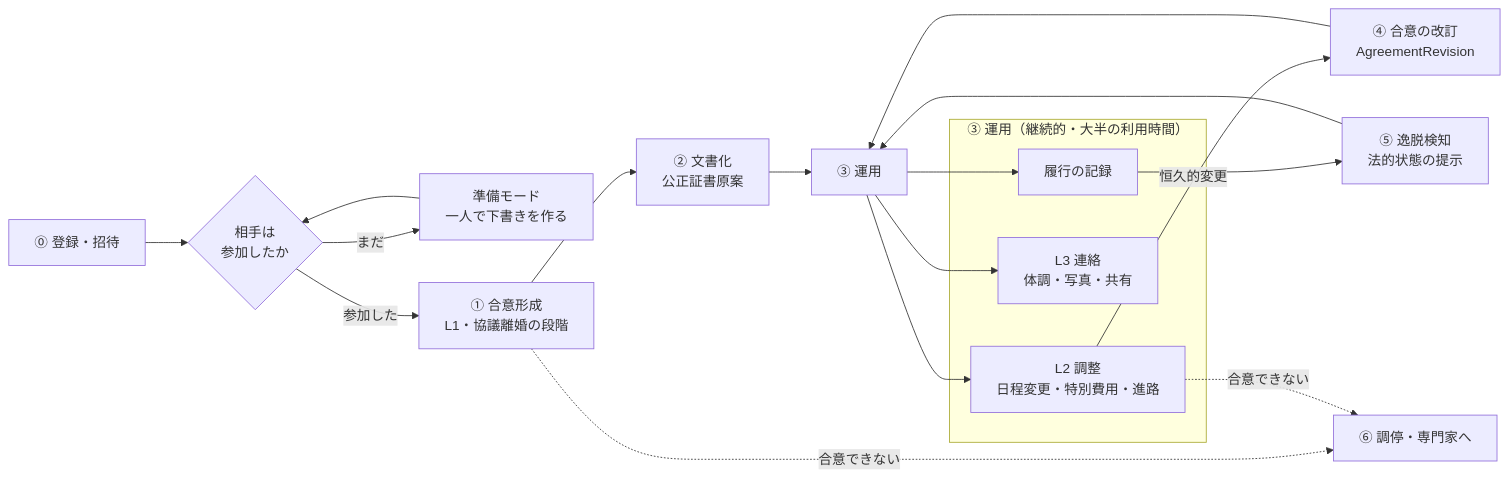
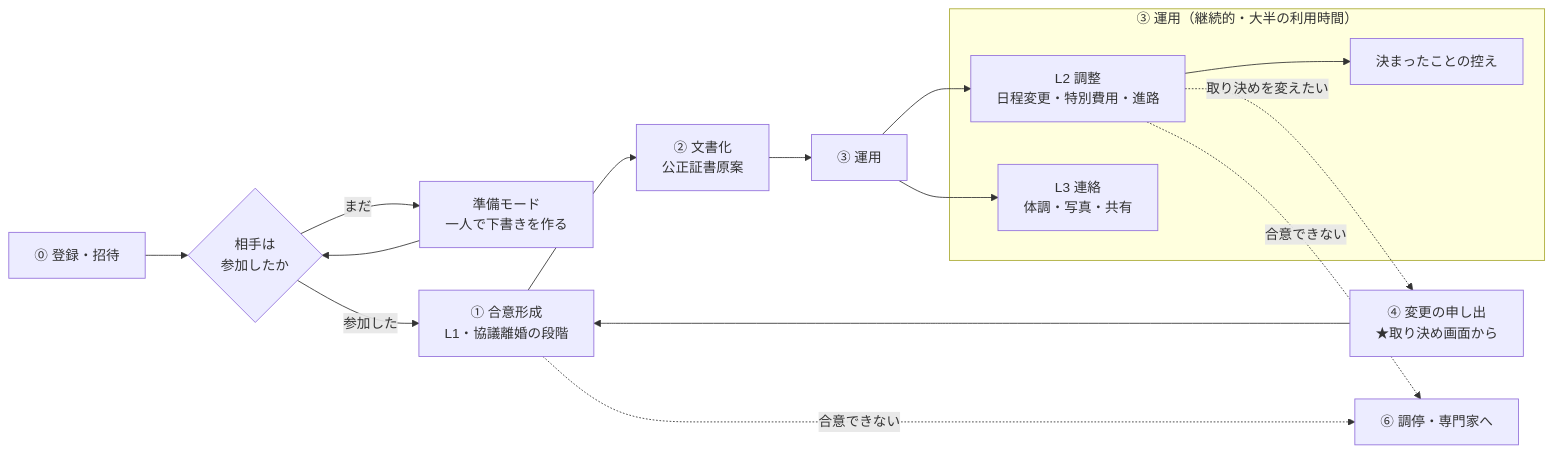
Before and after one commit to sugimomoto/AIHack: the third of 15 diagrams in docs/functional-design.md, drawn with Mermaid. The commit also changed other lines of this file and 4 other files, not shown here.

````diff
--- a/docs/functional-design.md
+++ b/docs/functional-design.md
@@ -137,23 +136,21 @@
 ```mermaid
 graph LR
     Z0["⓪ 登録・招待"] --> Z1{"相手は<br/>参加したか"}
     Z1 -->|"まだ"| Z2["準備モード<br/>一人で下書きを作る"]
     Z2 --> Z1
     Z1 -->|"参加した"| A
     A["① 合意形成<br/>L1・協議離婚の段階"] --> B["② 文書化<br/>公正証書原案"]
     B --> C["③ 運用"]
     subgraph Ope["③ 運用（継続的・大半の利用時間）"]
         C1["L2 調整<br/>日程変更・特別費用・進路"]
         C2["L3 連絡<br/>体調・写真・共有"]
-        C3["履行の記録"]
+        C3["決まったことの控え"]
     end
     C --> C1
     C --> C2
-    C --> C3
-    C1 -->|"恒久的変更"| D["④ 合意の改訂<br/>AgreementRevision"]
-    D --> C
-    C3 --> E["⑤ 逸脱検知<br/>法的状態の提示"]
-    E --> C
+    C1 --> C3
+    C1 -.->|"取り決めを変えたい"| D["④ 変更の申し出<br/>★取り決め画面から"]
+    D --> A
     A -.->|"合意できない"| F["⑥ 調停・専門家へ"]
     C1 -.->|"合意できない"| F
 ```
````
